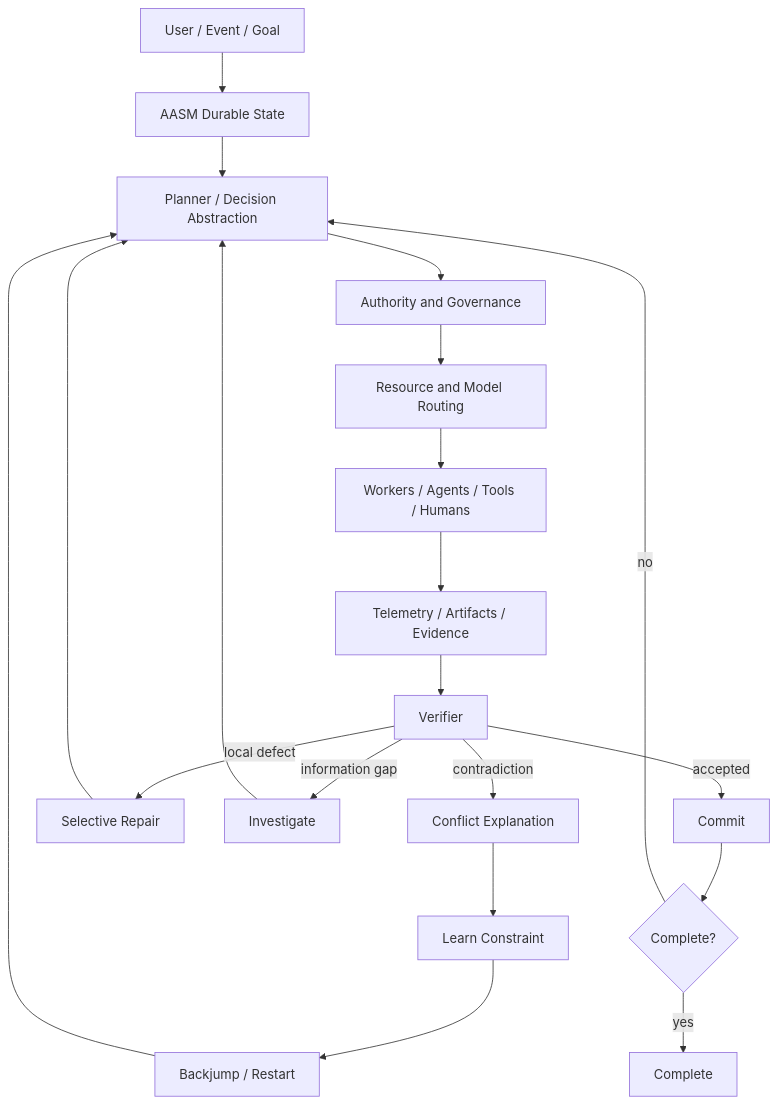
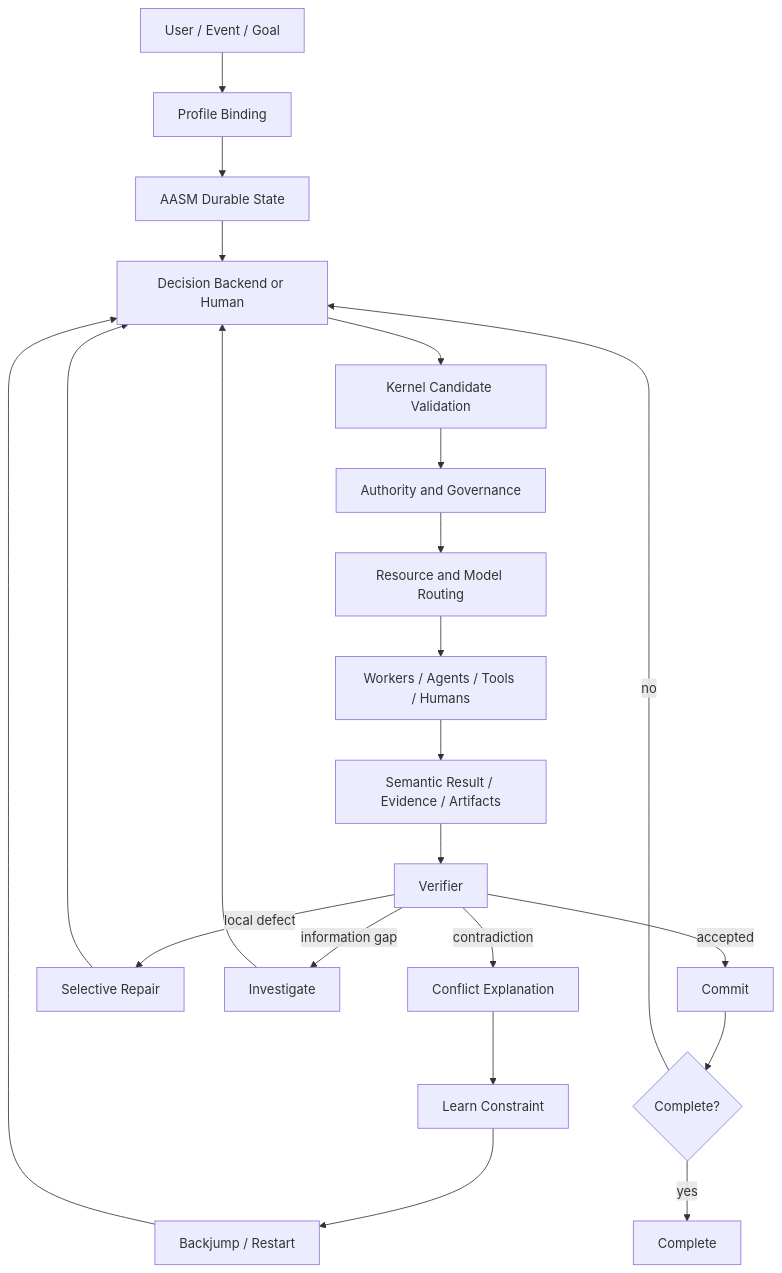
Before and after one commit to halthinks/AASM: the diagram in README.md, drawn with Mermaid. The commit also changed other lines of this file and 40 other files, not shown here.

First line of the commit message:
AASM v0.22.0: domain-neutral profile packages

````diff
--- a/README.md
+++ b/README.md
@@ -200,22 +256,24 @@
 ```mermaid
 flowchart TD
-    U[User / Event / Goal] --> S[AASM Durable State]
-    S --> P[Planner / Decision Abstraction]
-    P --> A[Authority and Governance]
+    U[User / Event / Goal] --> B[Profile Binding]
+    B --> S[AASM Durable State]
+    S --> P[Decision Backend or Human]
+    P --> K[Kernel Candidate Validation]
+    K --> A[Authority and Governance]
     A --> R[Resource and Model Routing]
     R --> W[Workers / Agents / Tools / Humans]
-    W --> T[Telemetry / Artifacts / Evidence]
-    T --> V[Verifier]
+    W --> E[Semantic Result / Evidence / Artifacts]
+    E --> V[Verifier]
     V -->|accepted| C[Commit]
     V -->|local defect| X[Selective Repair]
     V -->|information gap| I[Investigate]
     V -->|contradiction| F[Conflict Explanation]
     F --> L[Learn Constraint]
-    L --> B[Backjump / Restart]
+    L --> J[Backjump / Restart]
     X --> P
     I --> P
-    B --> P
+    J --> P
     C --> D{Complete?}
     D -->|no| P
     D -->|yes| Z[Complete]
 ```
````
